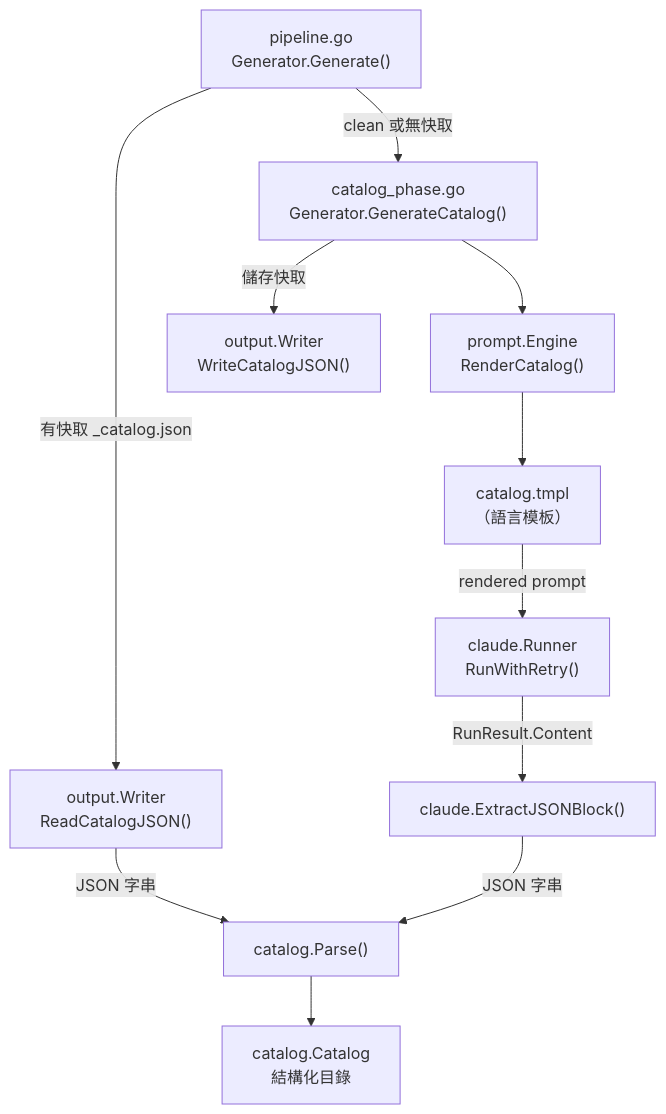
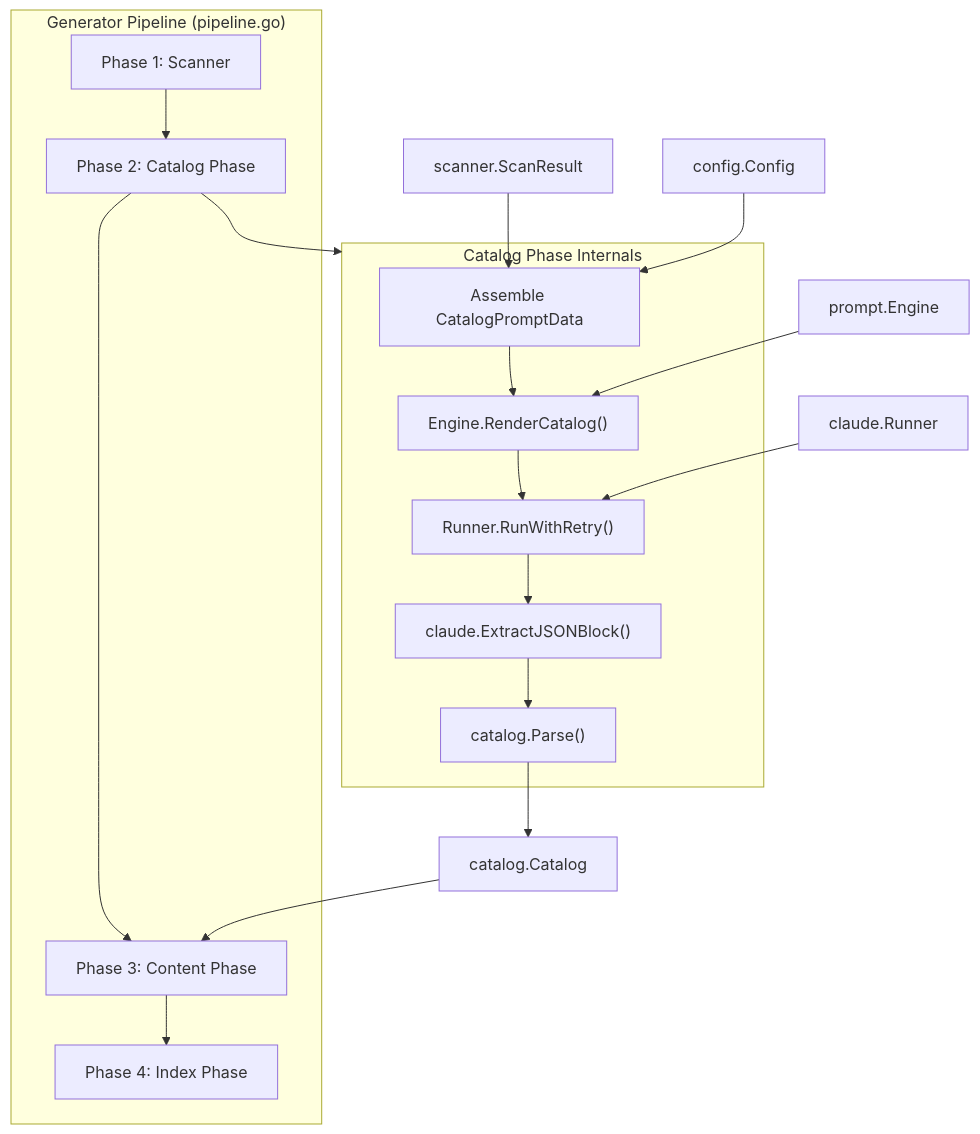
Before and after one commit to monkenWu/selfmd-claude-code: the first of 2 diagrams in docs/core-modules/generator/catalog-phase/index.md, drawn with Mermaid. The commit also changed other lines of this file and 145 other files, not shown here.

````diff
--- a/docs/core-modules/generator/catalog-phase/index.md
+++ b/docs/core-modules/generator/catalog-phase/index.md
@@ -18,23 +20,33 @@
 ```mermaid
 flowchart TD
-    Pipeline["pipeline.go\nGenerator.Generate()"]
-    CatalogPhase["catalog_phase.go\nGenerator.GenerateCatalog()"]
-    PromptEngine["prompt.Engine\nRenderCatalog()"]
-    CatalogTmpl["catalog.tmpl\n（語言模板）"]
-    ClaudeRunner["claude.Runner\nRunWithRetry()"]
-    ExtractJSON["claude.ExtractJSONBlock()"]
-    CatalogParse["catalog.Parse()"]
-    CatalogStruct["catalog.Catalog\n結構化目錄"]
-    Writer["output.Writer\nWriteCatalogJSON()"]
+    subgraph Pipeline["Generator Pipeline (pipeline.go)"]
+        Phase1["Phase 1: Scanner"]
+        Phase2["Phase 2: Catalog Phase"]
+        Phase3["Phase 3: Content Phase"]
+        Phase4["Phase 4: Index Phase"]
+        Phase1 --> Phase2
+        Phase2 --> Phase3
+        Phase3 --> Phase4
+    end
 
-    Pipeline -->|"clean 或無快取"| CatalogPhase
-    Pipeline -->|"有快取 _catalog.json"| Writer2["output.Writer\nReadCatalogJSON()"]
-    Writer2 -->|JSON 字串| CatalogParse
-    CatalogPhase --> PromptEngine
-    PromptEngine --> CatalogTmpl
-    CatalogTmpl -->|rendered prompt| ClaudeRunner
-    ClaudeRunner -->|RunResult.Content| ExtractJSON
-    ExtractJSON -->|JSON 字串| CatalogParse
-    CatalogParse --> CatalogStruct
-    CatalogPhase -->|"儲存快取"| Writer
+    subgraph CatalogPhase["Catalog Phase Internals"]
+        AssembleData["Assemble CatalogPromptData"]
+        RenderPrompt["Engine.RenderCatalog()"]
+        InvokeClaude["Runner.RunWithRetry()"]
+        ExtractJSON["claude.ExtractJSONBlock()"]
+        ParseCatalog["catalog.Parse()"]
+        AssembleData --> RenderPrompt
+        RenderPrompt --> InvokeClaude
+        InvokeClaude --> ExtractJSON
+        ExtractJSON --> ParseCatalog
+    end
+
+    Phase2 --> CatalogPhase
+
+    ScanResult["scanner.ScanResult"] --> AssembleData
+    Config["config.Config"] --> AssembleData
+    PromptEngine["prompt.Engine"] --> RenderPrompt
+    ClaudeRunner["claude.Runner"] --> InvokeClaude
+    CatalogStruct["catalog.Catalog"] --> Phase3
+    ParseCatalog --> CatalogStruct
 ```
````
